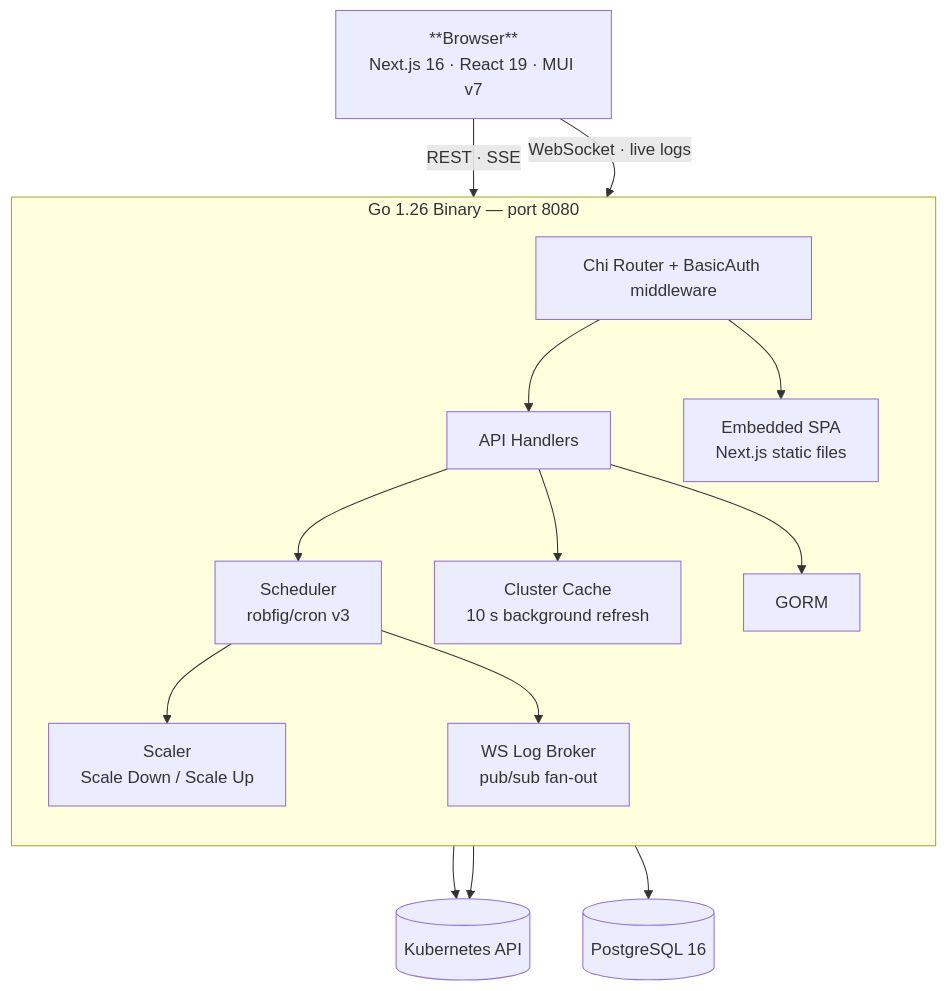
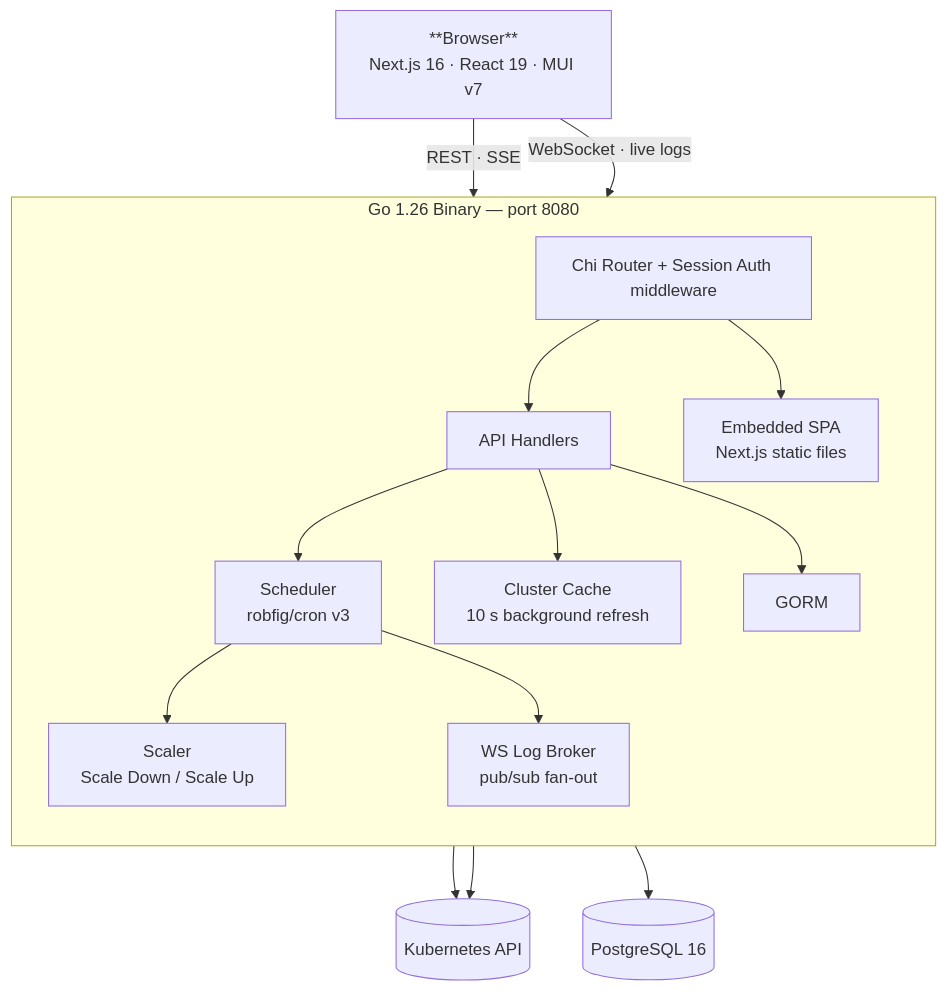
The diagram in README.md (MacXsimilian/kube-phoenix), drawn with Mermaid before and after one commit. The commit also changed other lines of this file and 1 other file, not shown here.

Commit message:
docs: update README and ARCHITECTURE for user management feature

````diff
--- a/README.md
+++ b/README.md
@@ -108,32 +109,32 @@
 ```mermaid
 flowchart TB
     Browser["**Browser**<br/>Next.js 16 · React 19 · MUI v7"]
 
     subgraph Binary["Go 1.26 Binary — port 8080"]
         direction TB
-        Router["Chi Router + BasicAuth middleware"]
+        Router["Chi Router + Session Auth middleware"]
         Handlers["API Handlers"]
         Scheduler["Scheduler<br/>robfig/cron v3"]
         Scaler["Scaler<br/>Scale Down / Scale Up"]
         Cache["Cluster Cache<br/>10 s background refresh"]
         Broker["WS Log Broker<br/>pub/sub fan-out"]
         GORM["GORM"]
         SPA["Embedded SPA<br/>Next.js static files"]
     end
 
     K8s[("Kubernetes API")]
     PG[("PostgreSQL 16")]
 
     Browser -- "REST · SSE" --> Router
     Browser -- "WebSocket · live logs" --> Router
     Router --> Handlers
     Router --> SPA
     Handlers --> Scheduler
     Handlers --> Cache
     Handlers --> GORM
     Scheduler --> Scaler
     Scheduler --> Broker
     Scaler --> K8s
     Cache --> K8s
     GORM --> PG
 ```
````
